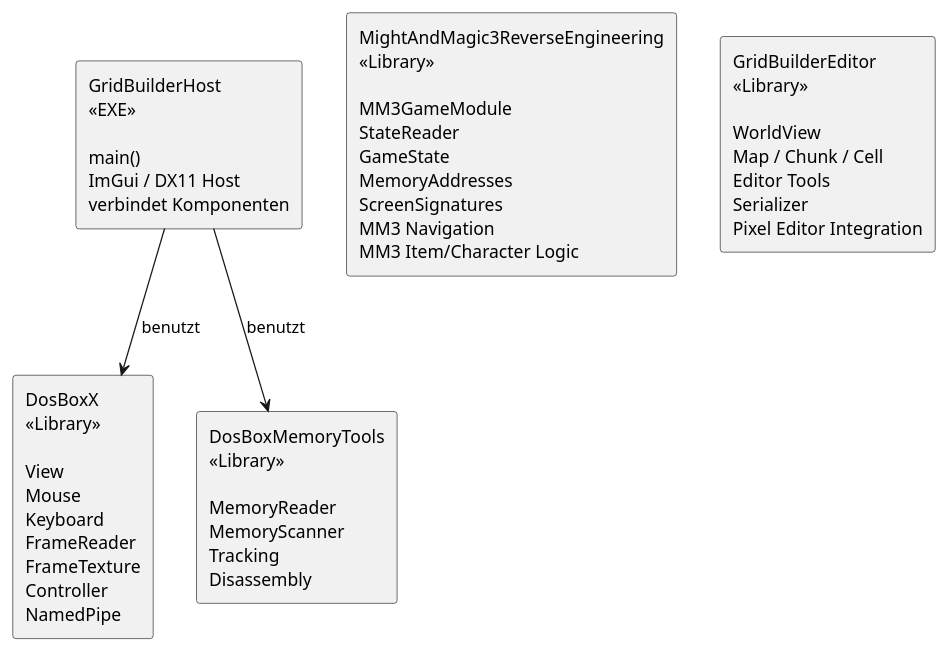
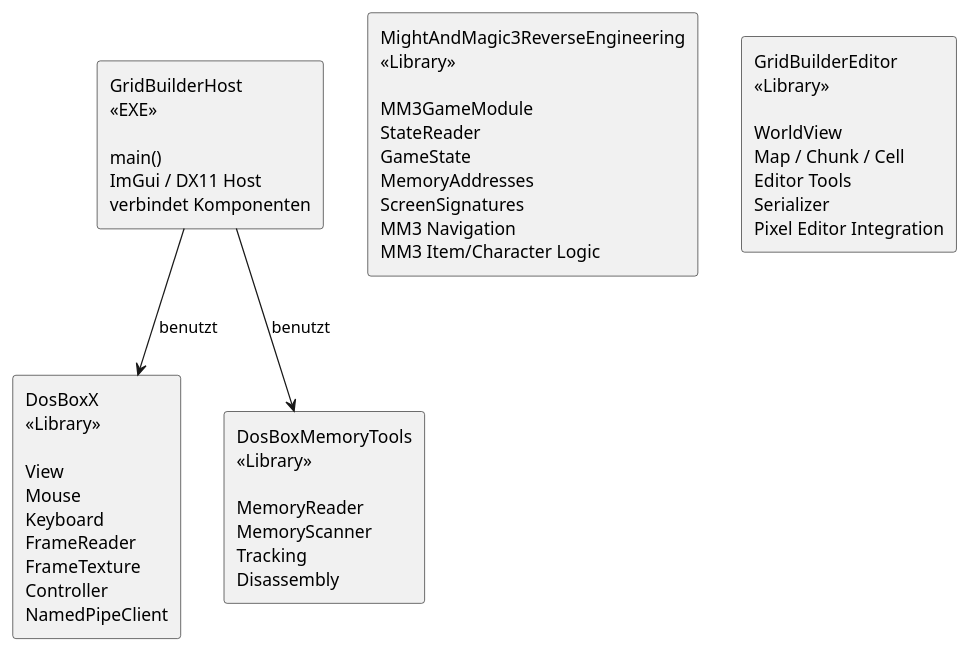
The diagram in docs/architecture.puml (Uvrak/MyImGui), drawn with PlantUML before and after one commit. The commit also changed 20 other files, not shown here.

```diff
--- a/docs/architecture.puml
+++ b/docs/architecture.puml
@@ -1,18 +1,18 @@
 @startuml
 
 skinparam componentStyle rectangle
 
 component "GridBuilderHost\n<<EXE>>\n\nmain()\nImGui / DX11 Host\nverbindet Komponenten" as Host
 
-component "DosBoxX\n<<Library>>\n\nView\nMouse\nKeyboard\nFrameReader\nFrameTexture\nController\nNamedPipe" as DosBoxX
+component "DosBoxX\n<<Library>>\n\nView\nMouse\nKeyboard\nFrameReader\nFrameTexture\nController\nNamedPipeClient" as DosBoxX
 
 component "DosBoxMemoryTools\n<<Library>>\n\nMemoryReader\nMemoryScanner\nTracking\nDisassembly" as MemoryTools
 
 component "MightAndMagic3ReverseEngineering\n<<Library>>\n\nMM3GameModule\nStateReader\nGameState\nMemoryAddresses\nScreenSignatures\nMM3 Navigation\nMM3 Item/Character Logic" as MM3
 
 component "GridBuilderEditor\n<<Library>>\n\nWorldView\nMap / Chunk / Cell\nEditor Tools\nSerializer\nPixel Editor Integration" as Editor
 
 Host --> DosBoxX : benutzt
 Host --> MemoryTools : benutzt
 
 @enduml
```
